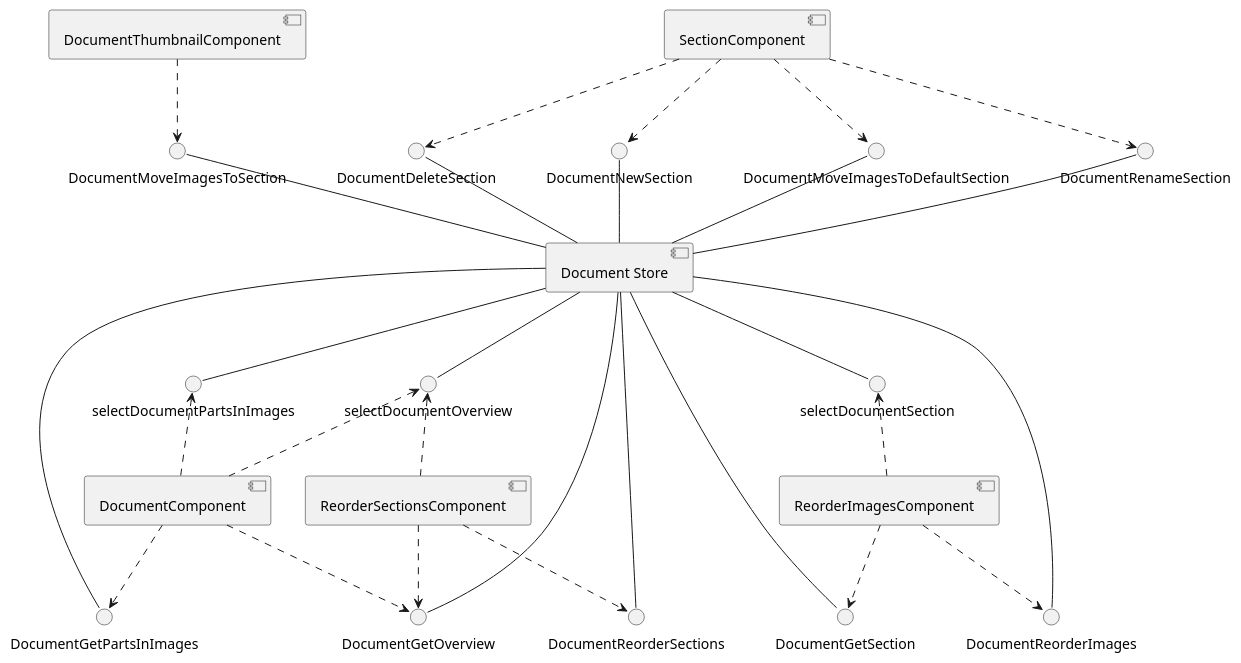
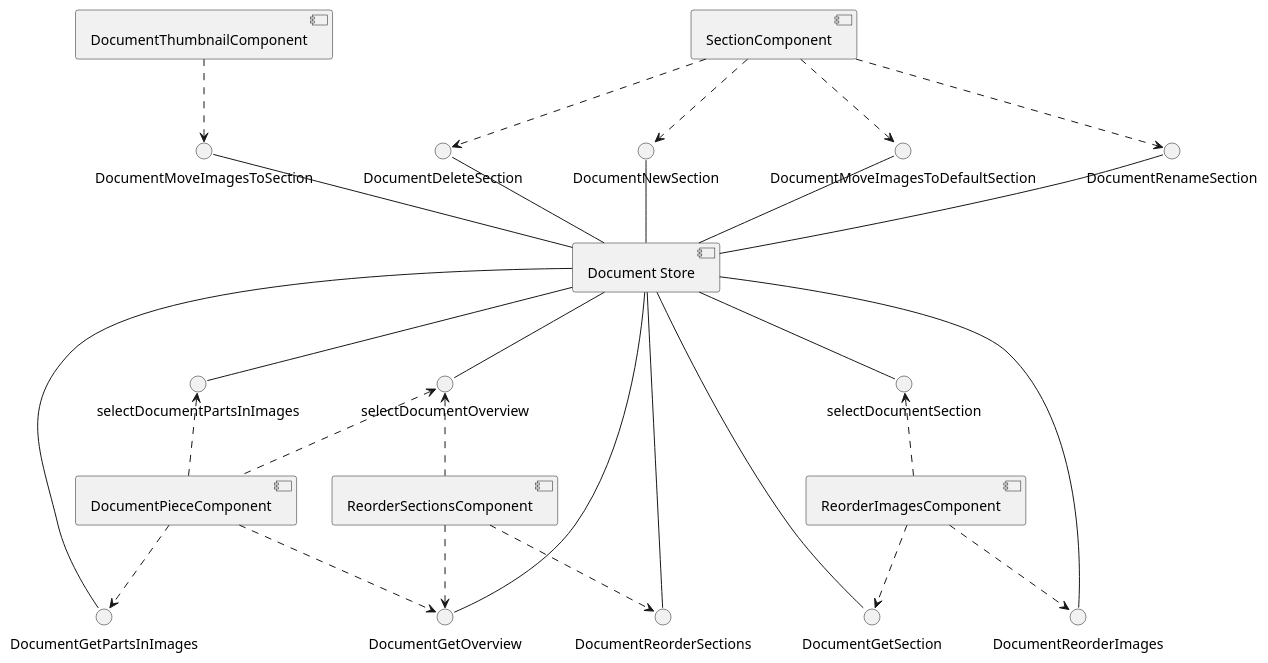
Before and after one commit to HISPAMUS/muret: the sixth of 17 diagrams in documentation/puml/angular.puml, drawn with PlantUML. The commit also changed other lines of this file and 30 other files, not shown here.

```diff
--- a/documentation/puml/angular.puml
+++ b/documentation/puml/angular.puml
@@ -147,36 +147,36 @@
 @startuml document_store_component
     [Document Store]
     DocumentGetOverview -- [Document Store]
     DocumentMoveImagesToSection -- [Document Store]
     DocumentNewSection -- [Document Store]
     DocumentMoveImagesToDefaultSection -- [Document Store]
     DocumentRenameSection -- [Document Store]
     DocumentDeleteSection -- [Document Store]
     DocumentReorderSections -- [Document Store]
     DocumentGetSection -- [Document Store]
     DocumentReorderImages -- [Document Store]
     DocumentGetPartsInImages -- [Document Store]
 
 
     [Document Store] -- selectDocumentOverview
     [Document Store] -- selectDocumentSection
     [Document Store] -- selectDocumentPartsInImages
     
 
-    [DocumentComponent] ..> DocumentGetOverview
+    [DocumentPieceComponent] ..> DocumentGetOverview
     [ReorderSectionsComponent] ..> DocumentGetOverview
     [DocumentThumbnailComponent] ..> DocumentMoveImagesToSection
     [SectionComponent] ..> DocumentNewSection
     [SectionComponent] ..> DocumentRenameSection
     [SectionComponent] ..> DocumentDeleteSection
     [ReorderSectionsComponent] ..> DocumentReorderSections
     [ReorderImagesComponent] ..> DocumentGetSection
     [ReorderImagesComponent] ..> DocumentReorderImages
-    [DocumentComponent] ..> DocumentGetPartsInImages
+    [DocumentPieceComponent] ..> DocumentGetPartsInImages
     [SectionComponent] ..> DocumentMoveImagesToDefaultSection
 
-    selectDocumentOverview <.. [DocumentComponent]
+    selectDocumentOverview <.. [DocumentPieceComponent]
     selectDocumentOverview <.. [ReorderSectionsComponent]
     selectDocumentSection <.. [ReorderImagesComponent]
-    selectDocumentPartsInImages <.. [DocumentComponent]
+    selectDocumentPartsInImages <.. [DocumentPieceComponent]
 @enduml
```
